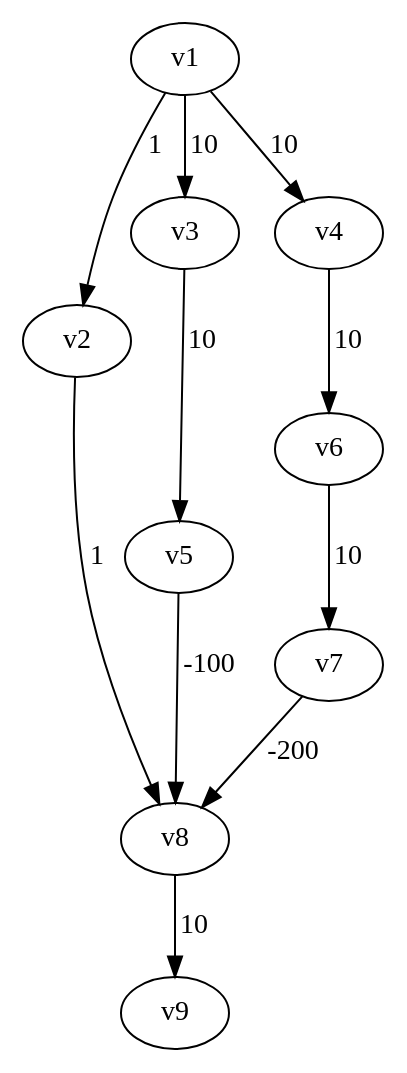
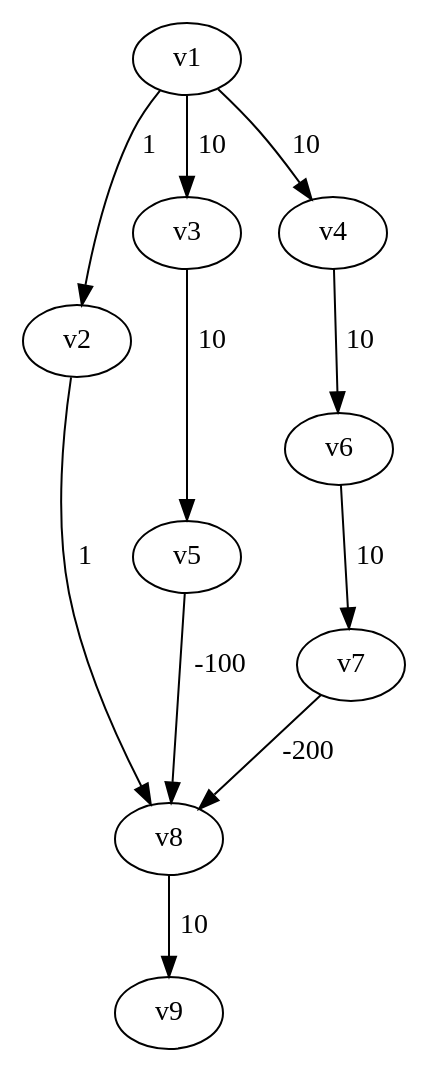
The diagram in io/graph_06.dot (MaxPower9001/B-AI3GKAP), drawn with Graphviz before and after one commit. The commit also changed 15 other files, not shown here.

```diff
--- a/io/graph_06.dot
+++ b/io/graph_06.dot
@@ -1,22 +1,22 @@
 digraph graph_06
 {
 v1
 v2
 v3
 v4
 v8
 v5
 v6
 v7
 v9
-v1 -> v2 [label="1"]
-v1 -> v3 [label="10"]
-v1 -> v4 [label="10"]
-v2 -> v8 [label="1"]
-v3 -> v5 [label="10"]
-v4 -> v6 [label="10"]
-v8 -> v9 [label="10"]
-v5 -> v8 [label="-100"]
-v6 -> v7 [label="10"]
-v7 -> v8 [label="-200"]
+v1 -> v2 [label=" 1  "]
+v1 -> v3 [label=" 10  "]
+v1 -> v4 [label=" 10  "]
+v2 -> v8 [label=" 1  "]
+v3 -> v5 [label=" 10  "]
+v4 -> v6 [label=" 10  "]
+v8 -> v9 [label=" 10  "]
+v5 -> v8 [label=" -100  "]
+v6 -> v7 [label=" 10  "]
+v7 -> v8 [label=" -200  "]
 }
```
